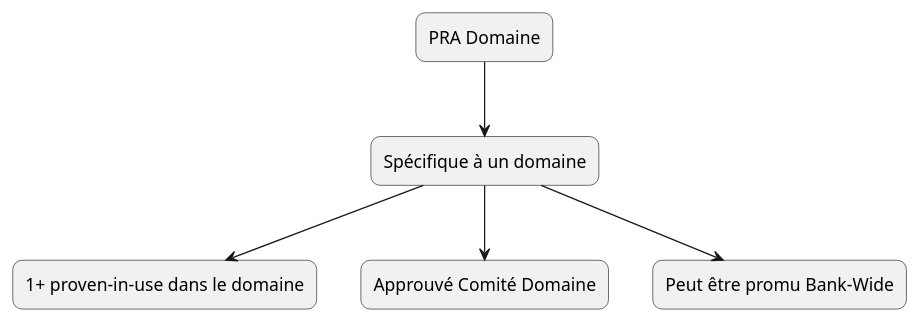
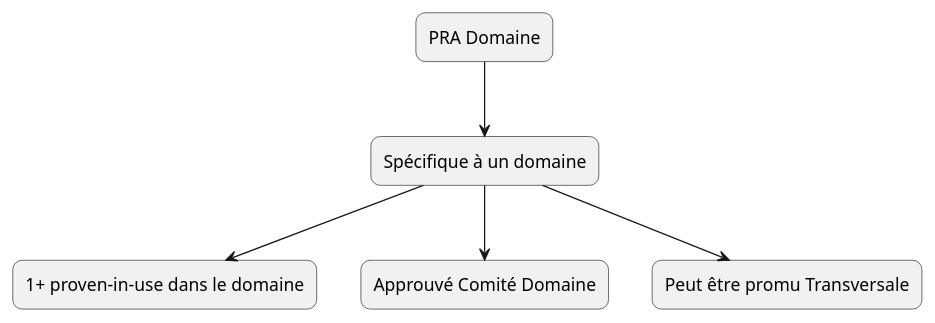
The second of 6 diagrams in content/guides/fr/understanding-pra.adoc (KiyaliHQ/proven-reusable-architecture), drawn with PlantUML before and after one commit. The commit also changed other lines of this file and 98 other files, not shown here.

```diff
--- a/content/guides/fr/understanding-pra.adoc
+++ b/content/guides/fr/understanding-pra.adoc
@@ -126,16 +126,16 @@
 [plantuml]
 ----
 @startuml
 top to bottom direction
 skinparam rectangleRoundCorner 15
 rectangle "PRA Domaine" as A
 rectangle "Spécifique à un domaine" as B
 rectangle "1+ proven-in-use dans le domaine" as C
 rectangle "Approuvé Comité Domaine" as D
-rectangle "Peut être promu Bank-Wide" as E
+rectangle "Peut être promu Transversale" as E
 A --> B
 B --> C
 B --> D
 B --> E
 @enduml
 ----
```
